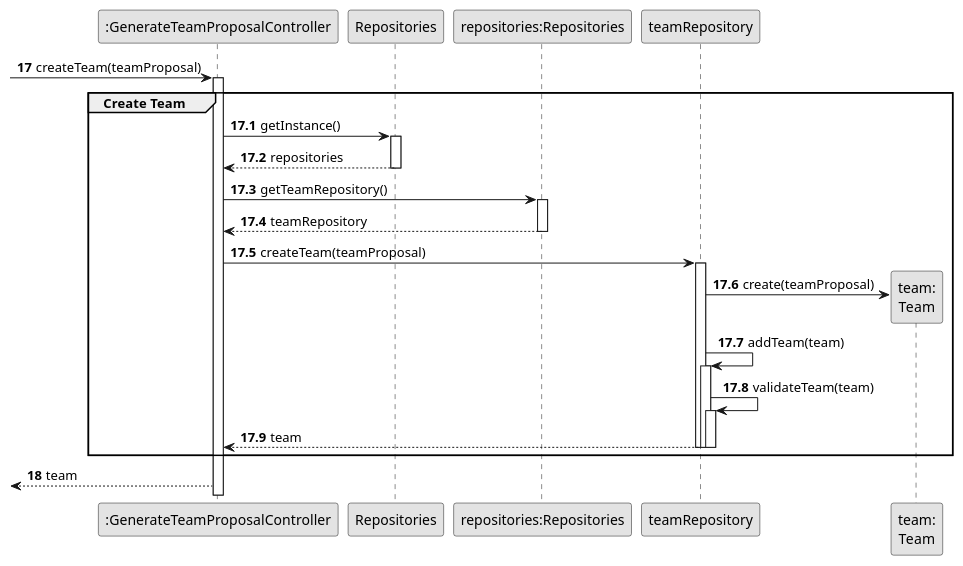
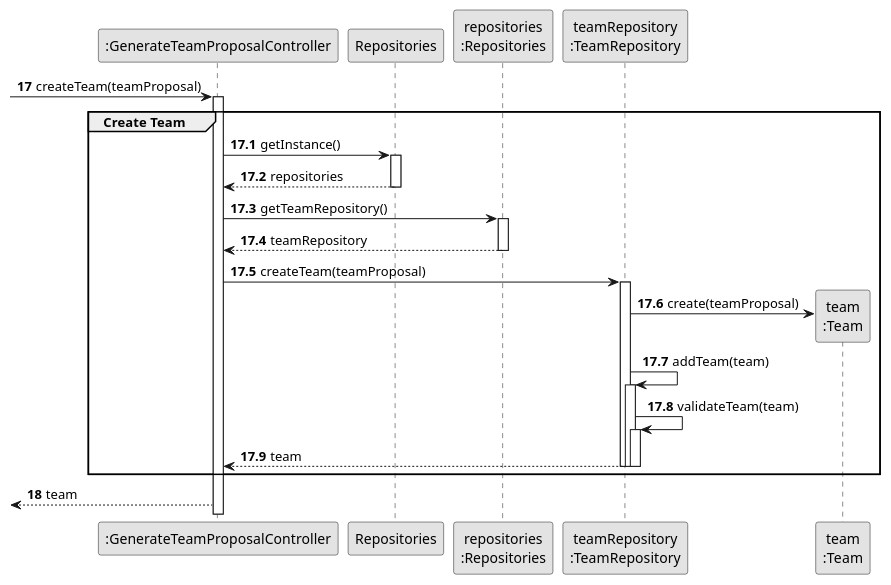
Before and after one commit to diogoveirospro/lei-24-s2-1dg-g072: the diagram in docs/sprintB/us005/03.design/puml/us005-sequence-diagram-partial-create-team.puml, drawn with PlantUML. The commit also changed 27 other files, not shown here.

Commit message:
Changes to Sequence Diagrams for some USs

```diff
--- a/docs/sprintB/us005/03.design/puml/us005-sequence-diagram-partial-create-team.puml
+++ b/docs/sprintB/us005/03.design/puml/us005-sequence-diagram-partial-create-team.puml
@@ -1,60 +1,59 @@
 @startuml
 skinparam monochrome true
 skinparam packageStyle rectangle
 skinparam shadowing false
 
 autonumber
 
 'hide footbox
 participant ":GenerateTeamProposalController" as CTRL
-participant "teamRepository" as TEAMREP
 participant Repositories
-participant "repositories:Repositories" as REP
-participant "teamRepository" as TEAMREP
-participant "team:\nTeam" as team
+participant "repositories\n:Repositories" as REP
+participant "teamRepository\n:TeamRepository" as TEAMREP
+participant "team\n:Team" as team
 
 autonumber 17
 -> CTRL : createTeam(teamProposal)
 
 autonumber 17.1
 
 activate CTRL
     group Create Team
 
         CTRL -> Repositories: getInstance()
         activate Repositories
 
             Repositories --> CTRL: repositories
         deactivate Repositories
 
         CTRL -> REP: getTeamRepository()
         activate REP
 
             REP --> CTRL: teamRepository
         deactivate REP
 
         CTRL -> TEAMREP: createTeam(teamProposal)
         activate TEAMREP
 
             TEAMREP -> team**: create(teamProposal)
 
                 TEAMREP -> TEAMREP : addTeam(team)
                 activate TEAMREP
 
                 TEAMREP -> TEAMREP : validateTeam(team)
                 activate TEAMREP
 
             TEAMREP --> CTRL: team
 
             deactivate TEAMREP
 
             deactivate TEAMREP
 
         deactivate TEAMREP
 
     end group
 
     autonumber 18
     <-- CTRL : team
 
 @enduml
```
